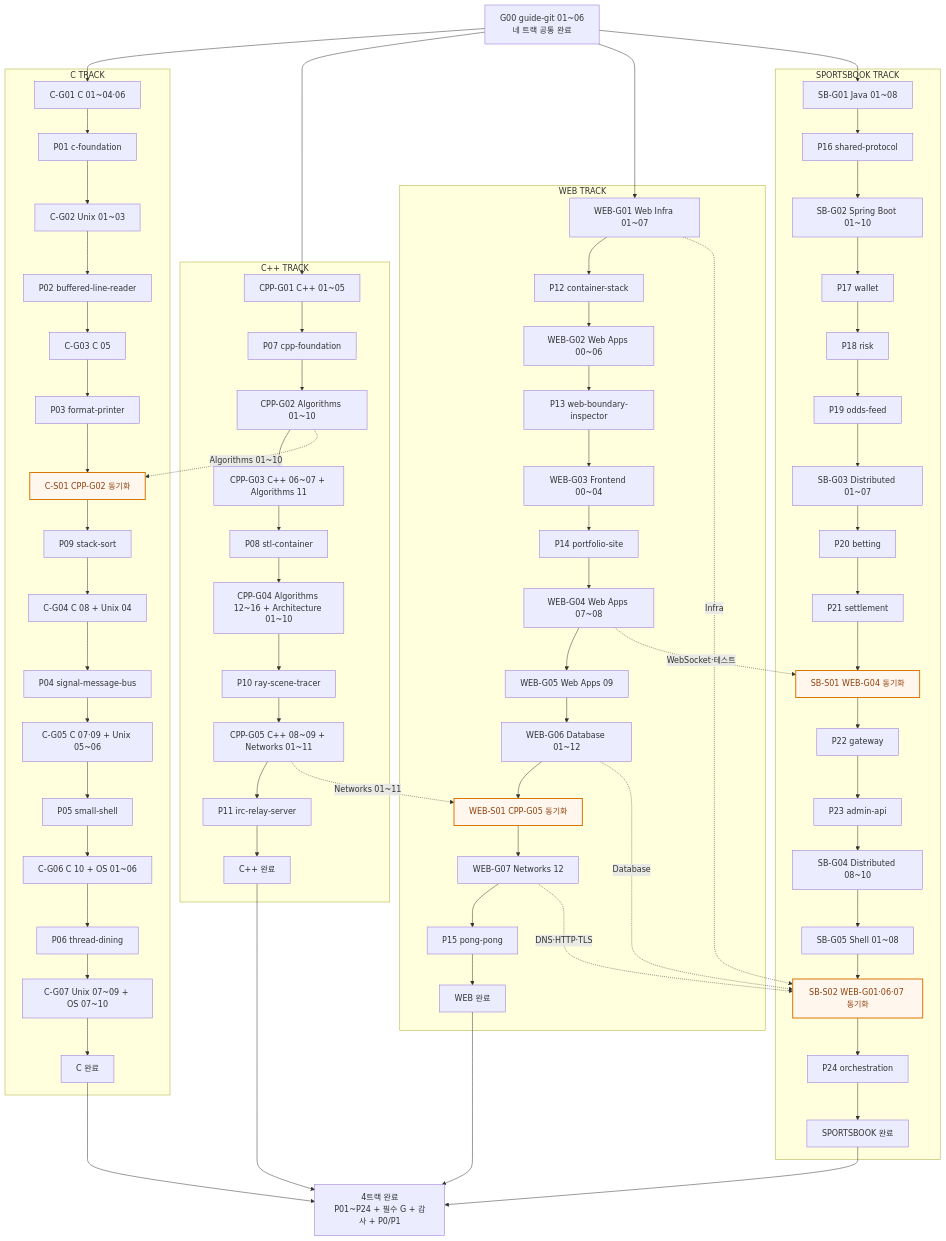
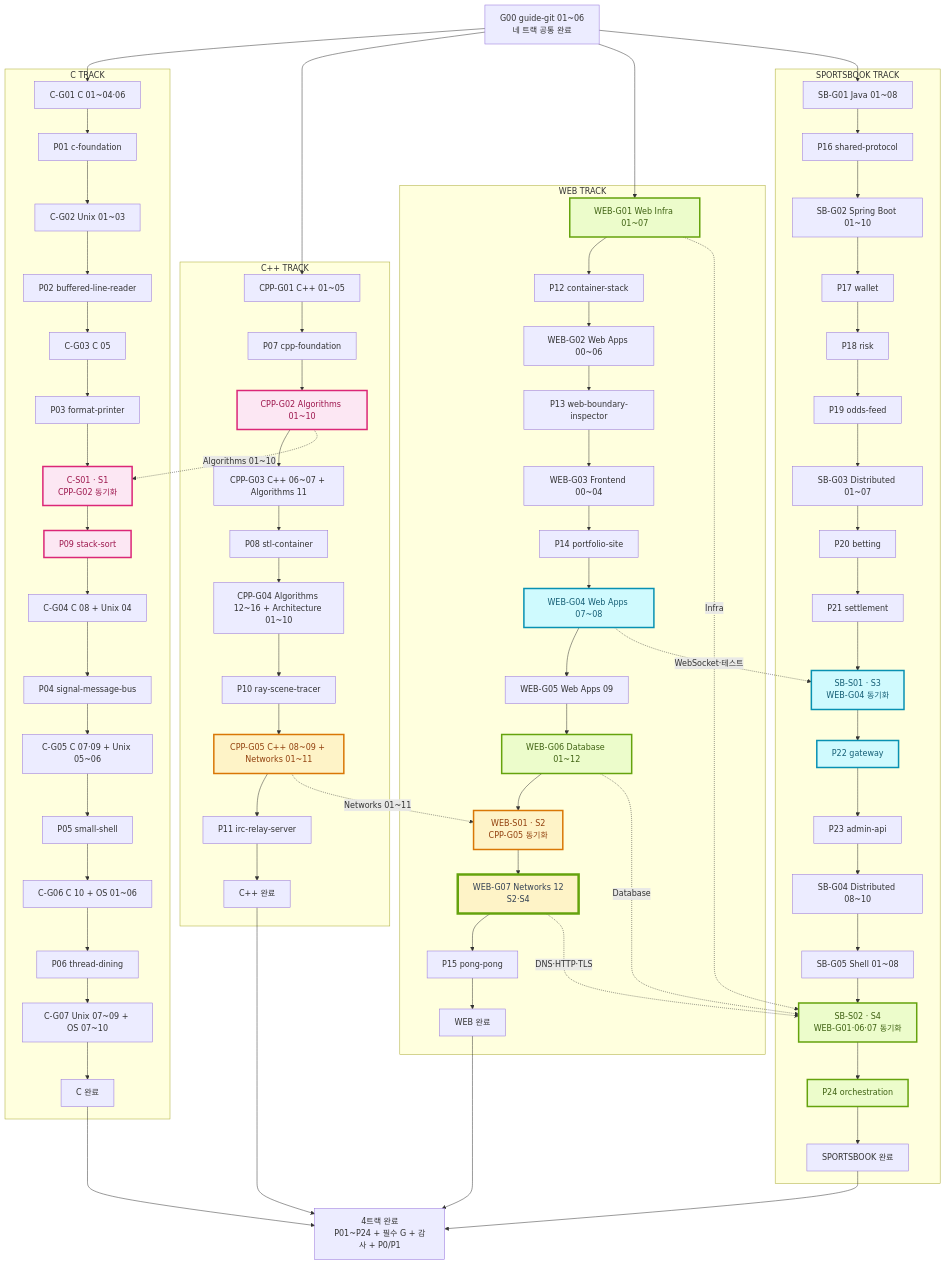
One commit to woopinbell/engineering-path-review changed the diagram in assets/path/parallel-path.mmd. Above: the diagram before and after it, drawn with Mermaid. The commit also changed 14 other files, not shown here.

```diff
--- a/assets/path/parallel-path.mmd
+++ b/assets/path/parallel-path.mmd
@@ -1,58 +1,66 @@
 flowchart TB
   G00["G00 guide-git 01~06<br/>네 트랙 공통 완료"]
 
   subgraph C["C TRACK"]
     C1["C-G01 C 01~04·06"] --> P01["P01 c-foundation"]
     P01 --> C2["C-G02 Unix 01~03"] --> P02["P02 buffered-line-reader"]
     P02 --> C3["C-G03 C 05"] --> P03["P03 format-printer"]
-    P03 --> CS1["C-S01 CPP-G02 동기화"] --> P09["P09 stack-sort"]
+    P03 --> CS1["C-S01 · S1<br/>CPP-G02 동기화"] --> P09["P09 stack-sort"]
     P09 --> C4["C-G04 C 08 + Unix 04"] --> P04["P04 signal-message-bus"]
     P04 --> C5["C-G05 C 07·09 + Unix 05~06"] --> P05["P05 small-shell"]
     P05 --> C6["C-G06 C 10 + OS 01~06"] --> P06["P06 thread-dining"]
     P06 --> C7["C-G07 Unix 07~09 + OS 07~10"] --> CDONE["C 완료"]
   end
 
   subgraph CPP["C++ TRACK"]
     X1["CPP-G01 C++ 01~05"] --> P07["P07 cpp-foundation"]
     P07 --> X2["CPP-G02 Algorithms 01~10"] --> X3["CPP-G03 C++ 06~07 + Algorithms 11"] --> P08["P08 stl-container"]
     P08 --> X4["CPP-G04 Algorithms 12~16 + Architecture 01~10"] --> P10["P10 ray-scene-tracer"]
     P10 --> X5["CPP-G05 C++ 08~09 + Networks 01~11"] --> P11["P11 irc-relay-server"] --> XDONE["C++ 완료"]
   end
 
   subgraph WEB["WEB TRACK"]
     W1["WEB-G01 Web Infra 01~07"] --> P12["P12 container-stack"]
     P12 --> W2["WEB-G02 Web Apps 00~06"] --> P13["P13 web-boundary-inspector"]
     P13 --> W3["WEB-G03 Frontend 00~04"] --> P14["P14 portfolio-site"]
     P14 --> W4["WEB-G04 Web Apps 07~08"] --> W5["WEB-G05 Web Apps 09"] --> W6["WEB-G06 Database 01~12"]
-    W6 --> WS1["WEB-S01 CPP-G05 동기화"] --> W7["WEB-G07 Networks 12"]
+    W6 --> WS1["WEB-S01 · S2<br/>CPP-G05 동기화"] --> W7["WEB-G07 Networks 12<br/>S2·S4"]
     W7 --> P15["P15 pong-pong"] --> WDONE["WEB 완료"]
   end
 
   subgraph SB["SPORTSBOOK TRACK"]
     S1["SB-G01 Java 01~08"] --> P16["P16 shared-protocol"]
     P16 --> S2["SB-G02 Spring Boot 01~10"] --> P17["P17 wallet"] --> P18["P18 risk"] --> P19["P19 odds-feed"]
     P19 --> S3["SB-G03 Distributed 01~07"] --> P20["P20 betting"] --> P21["P21 settlement"]
-    P21 --> SS1["SB-S01 WEB-G04 동기화"] --> P22["P22 gateway"] --> P23["P23 admin-api"]
+    P21 --> SS1["SB-S01 · S3<br/>WEB-G04 동기화"] --> P22["P22 gateway"] --> P23["P23 admin-api"]
     P23 --> S4["SB-G04 Distributed 08~10"] --> S5["SB-G05 Shell 01~08"]
-    S5 --> SS2["SB-S02 WEB-G01·06·07 동기화"] --> P24["P24 orchestration"] --> SDONE["SPORTSBOOK 완료"]
+    S5 --> SS2["SB-S02 · S4<br/>WEB-G01·06·07 동기화"] --> P24["P24 orchestration"] --> SDONE["SPORTSBOOK 완료"]
   end
 
   G00 --> C1
   G00 --> X1
   G00 --> W1
   G00 --> S1
 
   X2 -. "Algorithms 01~10" .-> CS1
   X5 -. "Networks 01~11" .-> WS1
   W4 -. "WebSocket·테스트" .-> SS1
   W1 -. "Infra" .-> SS2
   W6 -. "Database" .-> SS2
   W7 -. "DNS·HTTP·TLS" .-> SS2
 
   CDONE --> DONE["4트랙 완료<br/>P01~P24 + 필수 G + 감사 + P0/P1"]
   XDONE --> DONE
   WDONE --> DONE
   SDONE --> DONE
 
-  classDef sync fill:#fff7ed,stroke:#d97706,color:#92400e,stroke-width:2px;
-  class CS1,WS1,SS1,SS2 sync;
+  classDef sync1 fill:#fce7f3,stroke:#db2777,color:#9d174d,stroke-width:3px;
+  classDef sync2 fill:#fef3c7,stroke:#d97706,color:#92400e,stroke-width:3px;
+  classDef sync3 fill:#cffafe,stroke:#0891b2,color:#155e75,stroke-width:3px;
+  classDef sync4 fill:#ecfccb,stroke:#65a30d,color:#3f6212,stroke-width:3px;
+  classDef sync24 fill:#fef3c7,stroke:#65a30d,color:#334155,stroke-width:5px;
+  class X2,CS1,P09 sync1;
+  class X5,WS1 sync2;
+  class W4,SS1,P22 sync3;
+  class W1,W6,SS2,P24 sync4;
+  class W7 sync24;
```
